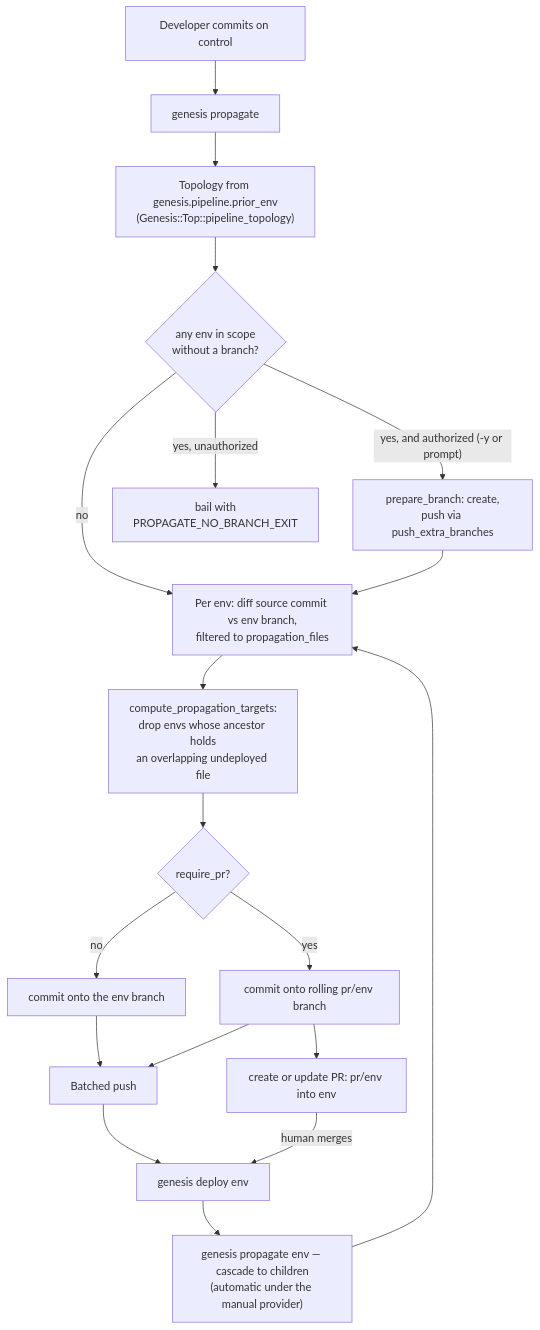
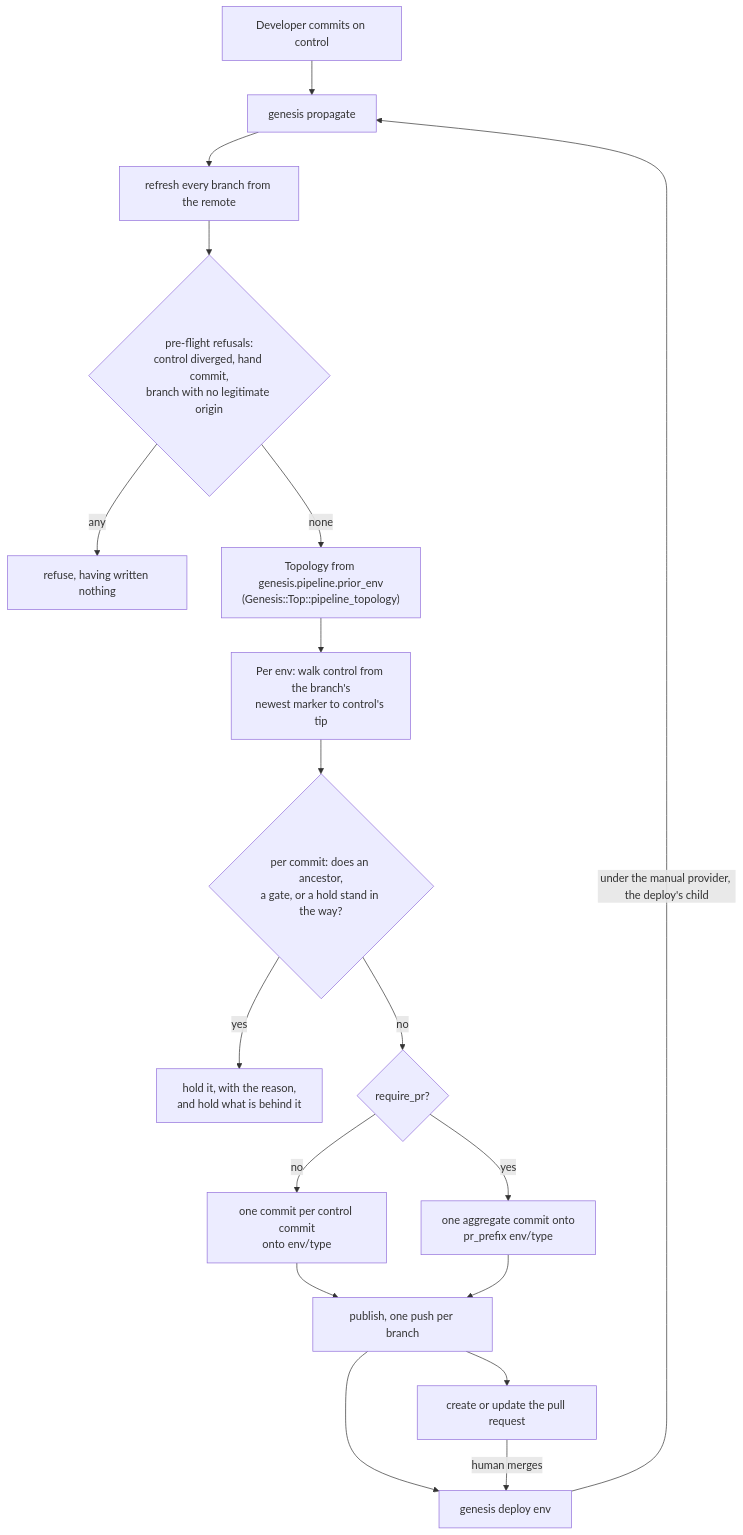
Before and after one commit to RubidiumStudios/genesis: the first of 2 diagrams in workplans/Branch-based-Workflow-Architecture.md, drawn with Mermaid. The commit also changed other lines of this file and 1 other file, not shown here.

First line of the commit message:
Correct the workplan to what was built

````diff
--- a/workplans/Branch-based-Workflow-Architecture.md
+++ b/workplans/Branch-based-Workflow-Architecture.md
@@ -230,22 +241,20 @@
 ```mermaid
 flowchart TD
     A[Developer commits on control] --> B[genesis propagate]
-    B --> C["Topology from genesis.pipeline.prior_env<br/>(Genesis::Top::pipeline_topology)"]
-    C --> M{"any env in scope<br/>without a branch?"}
-    M -->|"no"| D
-    M -->|"yes, and authorized (-y or prompt)"| N["prepare_branch: create,<br/>push via push_extra_branches"]
-    M -->|"yes, unauthorized"| X["bail with<br/>PROPAGATE_NO_BRANCH_EXIT"]
-    N --> D
-    D["Per env: diff source commit vs env branch,<br/>filtered to propagation_files"]
-    D --> E["compute_propagation_targets:<br/>drop envs whose ancestor holds<br/>an overlapping undeployed file"]
-    E --> F{require_pr?}
-    F -->|no| G["commit onto the env branch"]
-    F -->|yes| H["commit onto rolling pr/env branch"]
-    G --> I[Batched push]
-    H --> I
-    H --> J["create or update PR: pr/env into env"]
-    I --> K["genesis deploy env"]
-    J -->|human merges| K
-    K --> L["genesis propagate env — cascade to children<br/>(automatic under the manual provider)"]
-    L --> D
+    B --> R["refresh every branch from the remote"]
+    R --> P{"pre-flight refusals:<br/>control diverged, hand commit,<br/>branch with no legitimate origin"}
+    P -->|"any"| X["refuse, having written nothing"]
+    P -->|"none"| C["Topology from genesis.pipeline.prior_env<br/>(Genesis::Top::pipeline_topology)"]
+    C --> D["Per env: walk control from the branch's<br/>newest marker to control's tip"]
+    D --> E{"per commit: does an ancestor,<br/>a gate, or a hold stand in the way?"}
+    E -->|"yes"| H["hold it, with the reason,<br/>and hold what is behind it"]
+    E -->|"no"| F{require_pr?}
+    F -->|no| G["one commit per control commit<br/>onto env/type"]
+    F -->|yes| J["one aggregate commit onto<br/>pr_prefix env/type"]
+    G --> K["publish, one push per branch"]
+    J --> K
+    K --> L["create or update the pull request"]
+    K --> M["genesis deploy env"]
+    L -->|human merges| M
+    M -->|"under the manual provider, the deploy's child"| B
 ```
````
